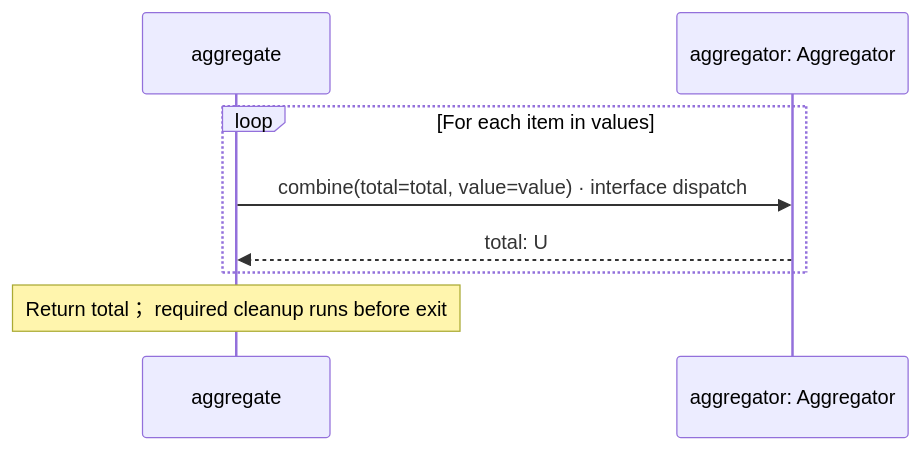
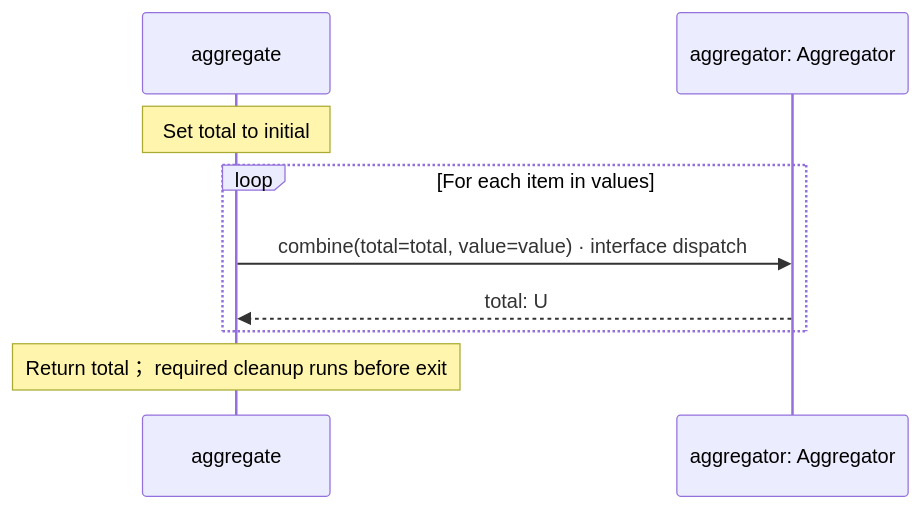
One commit to GreenPandaStudios/augscript changed diagram 13 of 21 in src/stdlib/collections/operations.aug.diagrams.md. Above: the diagram before and after it, drawn with Mermaid. The commit also changed other lines of this file and 304 other files, not shown here.

Commit message:
Make generated data-flow sequences concise and review every diagram

````diff
--- a/src/stdlib/collections/operations.aug.diagrams.md
+++ b/src/stdlib/collections/operations.aug.diagrams.md
@@ -160,10 +190,11 @@
 ```mermaid
 sequenceDiagram
     participant p0 as aggregate
     participant p1 as aggregator: Aggregator
+    Note over p0: Set total to initial
     loop For each item in values
     p0->>p1: combine(total=total, value=value) · interface dispatch
     p1-->>p0: total: U
     end
     Note over p0: Return total； required cleanup runs before exit
 ```
````
